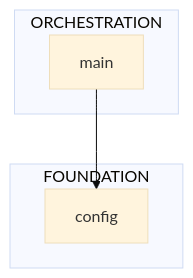
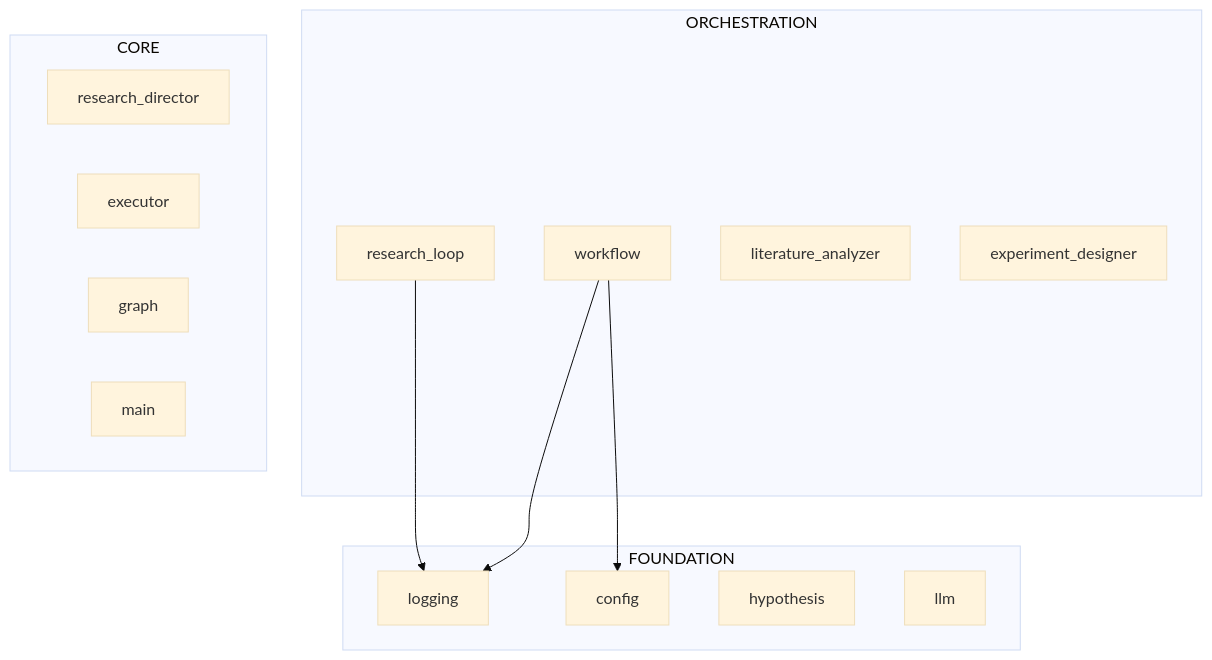
Before and after one commit to jimmc414/claude-repo-xray: the diagram in README.md, drawn with Mermaid (base theme). The commit also changed other lines of this file, not shown here.

Commit message:
Update README examples with real kosmos output

````diff
--- a/README.md
+++ b/README.md
@@ -197,10 +212,24 @@
 ```mermaid
 graph TD
     subgraph ORCHESTRATION
-        workflow_main[main]
+        kosmos_core_workflow[workflow]
+        kosmos_workflow_research_loop[research_loop]
+        kosmos_agents_literature_analyzer[literature_analyzer]
+        kosmos_agents_experiment_designer[experiment_designer]
+    end
+    subgraph CORE
+        kosmos_agents_research_director[research_director]
+        kosmos_execution_executor[executor]
+        kosmos_knowledge_graph[graph]
+        kosmos_cli_main[main]
     end
     subgraph FOUNDATION
-        utils_config[config]
+        kosmos_core_logging[logging]
+        kosmos_config[config]
+        kosmos_models_hypothesis[hypothesis]
+        kosmos_core_llm[llm]
     end
-    workflow_main --> utils_config
+    kosmos_core_workflow --> kosmos_core_logging
+    kosmos_core_workflow --> kosmos_config
+    kosmos_workflow_research_loop --> kosmos_core_logging
 ```
````
